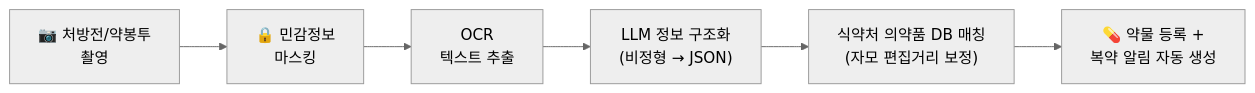
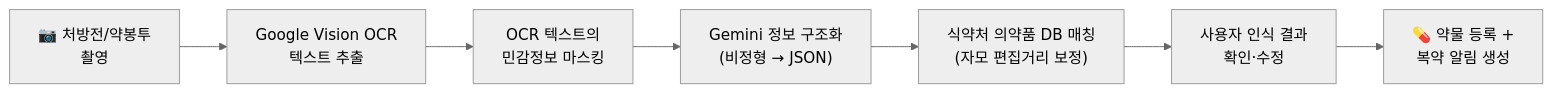
One commit to myYack-team/BackEnd-SpringBoot changed the first of 2 diagrams in README.md. Above: the diagram before and after it, drawn with Mermaid (neutral theme). The commit also changed other lines of this file and 1 other file, not shown here.

````diff
--- a/README.md
+++ b/README.md
@@ -58,8 +62,9 @@
 ```mermaid
 flowchart LR
-    A["📷 처방전/약봉투<br/>촬영"] --> B["🔒 민감정보<br/>마스킹"]
-    B --> C["OCR<br/>텍스트 추출"]
-    C --> D["LLM 정보 구조화<br/>(비정형 → JSON)"]
+    A["📷 처방전/약봉투<br/>촬영"] --> B["Google Vision OCR<br/>텍스트 추출"]
+    B --> C["OCR 텍스트의<br/>민감정보 마스킹"]
+    C --> D["Gemini 정보 구조화<br/>(비정형 → JSON)"]
     D --> E["식약처 의약품 DB 매칭<br/>(자모 편집거리 보정)"]
-    E --> F["💊 약물 등록 +<br/>복약 알림 자동 생성"]
+    E --> F["사용자 인식 결과<br/>확인·수정"]
+    F --> G["💊 약물 등록 +<br/>복약 알림 생성"]
 ```
````
